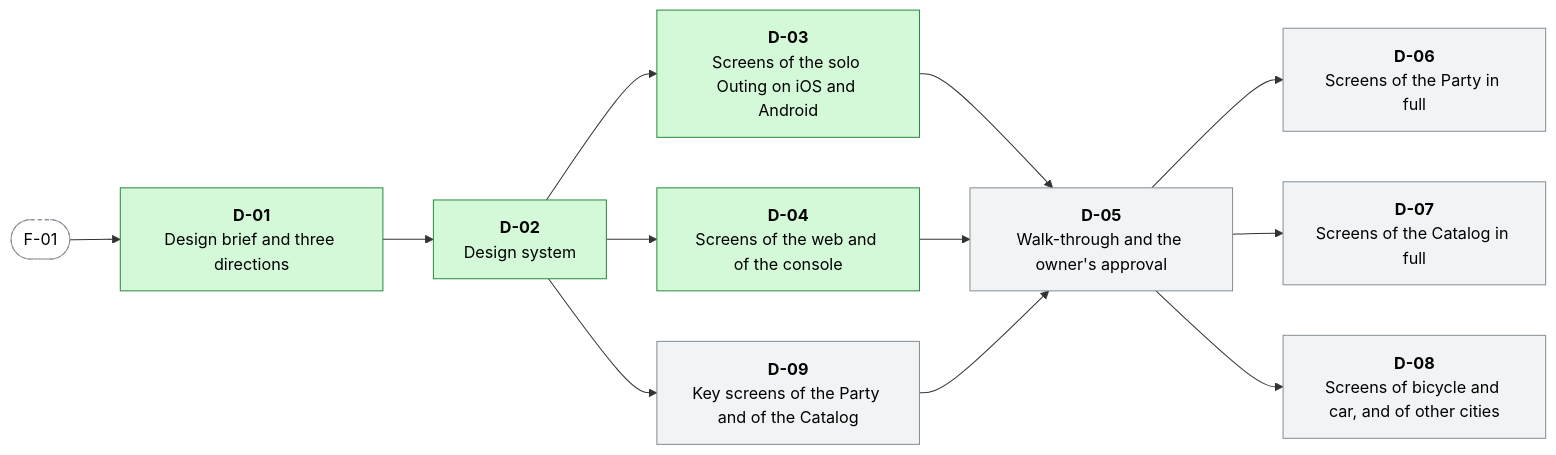
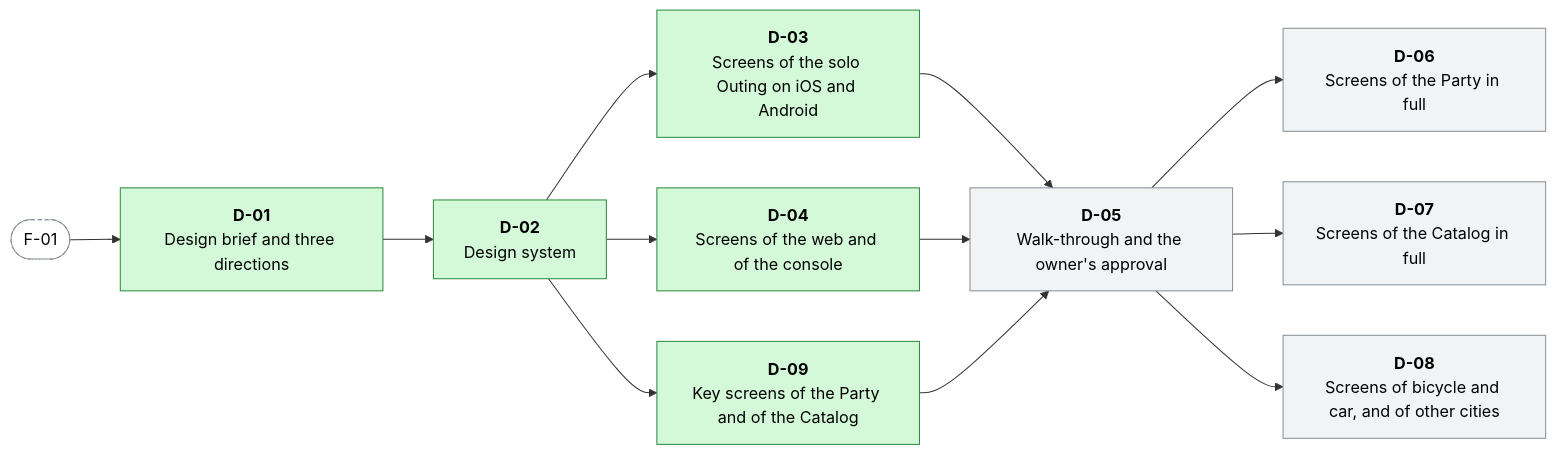
The second of 17 diagrams in docs/WORK-PLAN.md (menisika/Smart-Tour-Guide-and-Itinerary-Planner), drawn with Mermaid before and after one commit. The commit also changed other lines of this file and 15 other files, not shown here.

First line of the commit message:
feat(design): draw the key screens of the Party and Catalog (#6)

````diff
--- a/docs/WORK-PLAN.md
+++ b/docs/WORK-PLAN.md
@@ -272,29 +272,29 @@
 ```mermaid
 flowchart LR
   classDef done fill:#d3f9d8,stroke:#2b8a3e,color:#000
   classDef progress fill:#fff3bf,stroke:#e67700,color:#000
   classDef blocked fill:#ffe3e3,stroke:#c92a2a,color:#000
   classDef todo fill:#f1f3f5,stroke:#868e96,color:#000
   classDef outside fill:#ffffff,stroke:#868e96,stroke-dasharray:4 3,color:#000
   D_01["<b>D-01</b><br/>Design brief and three directions"]:::done
   D_02["<b>D-02</b><br/>Design system"]:::done
   D_03["<b>D-03</b><br/>Screens of the solo Outing on iOS and Android"]:::done
   D_04["<b>D-04</b><br/>Screens of the web and of the console"]:::done
-  D_09["<b>D-09</b><br/>Key screens of the Party and of the Catalog"]:::todo
+  D_09["<b>D-09</b><br/>Key screens of the Party and of the Catalog"]:::done
   D_05["<b>D-05</b><br/>Walk-through and the owner's approval"]:::todo
   D_06["<b>D-06</b><br/>Screens of the Party in full"]:::todo
   D_07["<b>D-07</b><br/>Screens of the Catalog in full"]:::todo
   D_08["<b>D-08</b><br/>Screens of bicycle and car, and of other cities"]:::todo
   F_01(["F-01"]):::outside
   F_01 --> D_01
   D_01 --> D_02
   D_02 --> D_03
   D_02 --> D_04
   D_02 --> D_09
   D_03 --> D_05
   D_04 --> D_05
   D_09 --> D_05
   D_05 --> D_06
   D_05 --> D_07
   D_05 --> D_08
 ```
````
